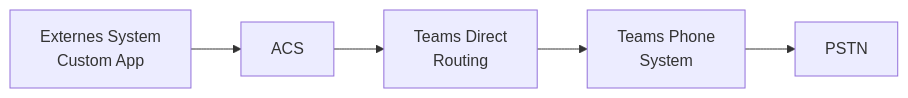
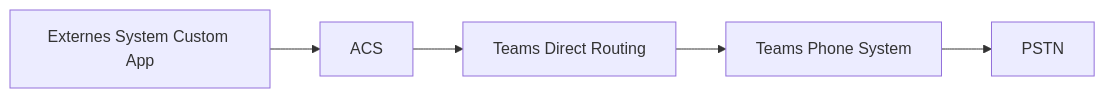
The sixth of 6 diagrams in Microsoft 365/Azure/Integration und Messaging/Azure Communication Services.md (SoniiiT/notes-n-docs), drawn with Mermaid before and after one commit. The commit also changed other lines of this file and 124 other files, not shown here.

First line of the commit message:
fix: Entferne \n aus allen Mermaid-Diagrammen (125 Dateien)

````diff
--- a/Microsoft 365/Azure/Integration und Messaging/Azure Communication Services.md
+++ b/Microsoft 365/Azure/Integration und Messaging/Azure Communication Services.md
@@ -285,7 +285,7 @@
 ```mermaid
 flowchart LR
-    EXT[Externes System\nCustom App] --> ACS
-    ACS --> TDP[Teams Direct\nRouting]
-    TDP --> TEAMS[Teams Phone\nSystem]
+    EXT[Externes System Custom App] --> ACS
+    ACS --> TDP[Teams Direct Routing]
+    TDP --> TEAMS[Teams Phone System]
     TEAMS --> PSTN[PSTN]
 ```
````
